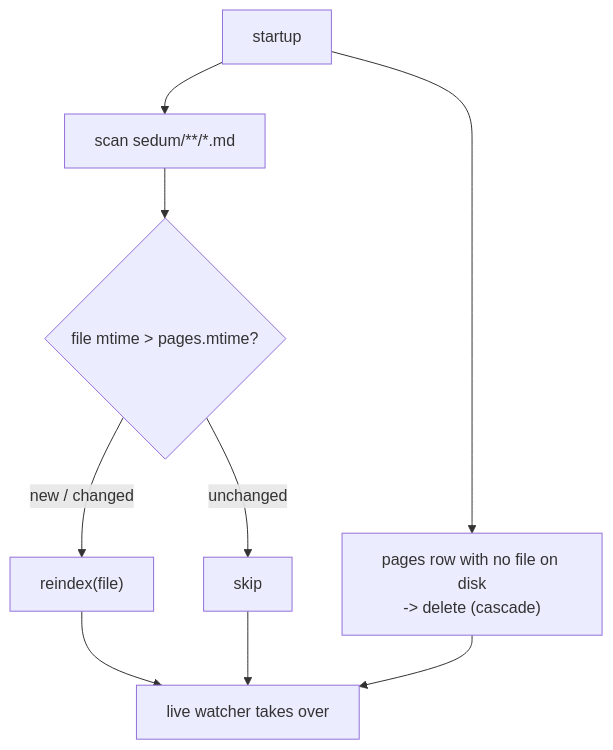
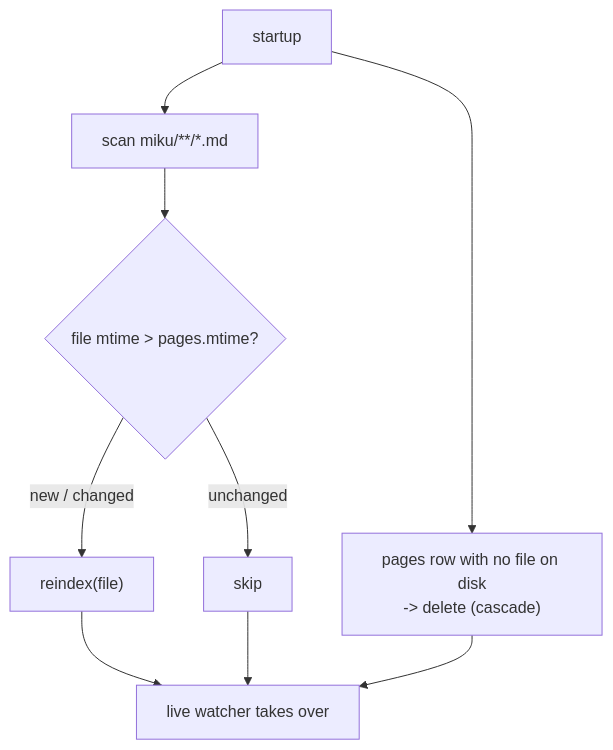
The fifth of 7 diagrams in docs/dataflow.md (azusachino/sedum), drawn with Mermaid before and after one commit. The commit also changed other lines of this file and 27 other files, not shown here.

First line of the commit message:
docs: rebrand sedum -> miku across docs and instructions

````diff
--- a/docs/dataflow.md
+++ b/docs/dataflow.md
@@ -101,11 +101,11 @@
 ```mermaid
 flowchart TD
-  A["startup"] --> B["scan sedum/**/*.md"]
+  A["startup"] --> B["scan miku/**/*.md"]
   B --> C{"file mtime > pages.mtime?"}
   C -- "new / changed" --> D["reindex(file)"]
   C -- unchanged --> E["skip"]
   A --> F["pages row with no file on disk<br/>-> delete (cascade)"]
   D --> G["live watcher takes over"]
   E --> G
   F --> G
 ```
````
